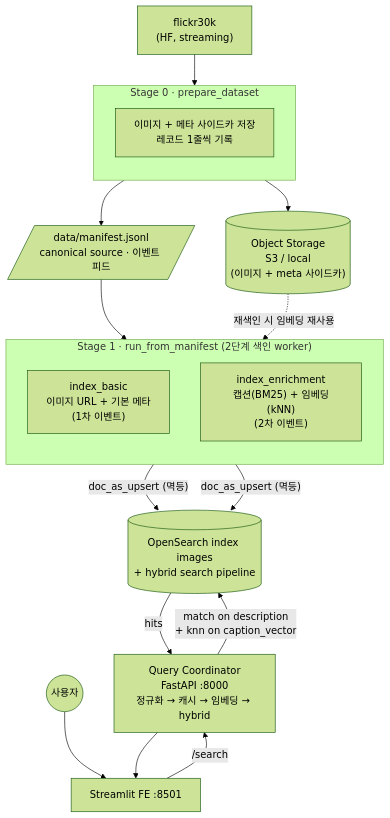
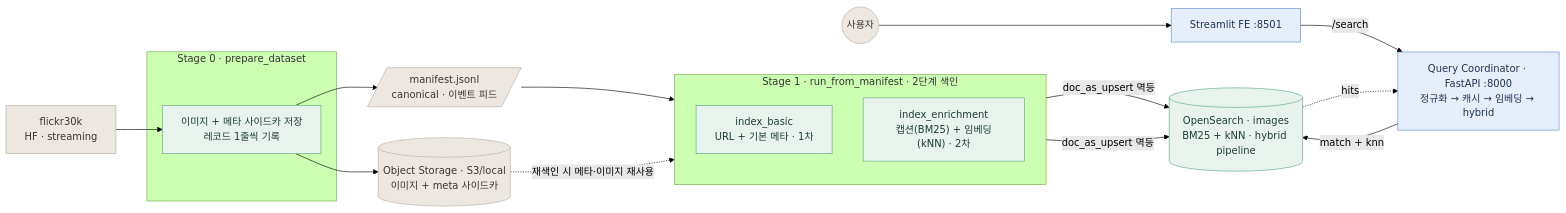
One commit to seohyun-lee/hybrid-search-system changed the first of 2 diagrams in README.md. Above: the diagram before and after it, drawn with Mermaid (forest theme).

Commit message:
docs: 아키텍처 다이어그램 수정

````diff
--- a/README.md
+++ b/README.md
@@ -10,35 +10,40 @@
 ```mermaid
-flowchart TB
-    HF["flickr30k<br/>(HF, streaming)"]
+flowchart LR
+  classDef sehyun fill:#e8f3ee,stroke:#5aa886,color:#1f3d33;
+  classDef aerim  fill:#e6eefb,stroke:#5b8bd0,color:#1f3354;
+  classDef data   fill:#ece8e1,stroke:#b8b0a0,color:#3a352c;
 
-    subgraph S0["Stage 0 · prepare_dataset"]
-        direction TB
-        P["이미지 + 메타 사이드카 저장<br/>레코드 1줄씩 기록"]
-    end
+  HF["flickr30k<br/>HF · streaming"]:::data
+  U(("사용자")):::data
 
-    ST[("Object Storage<br/>S3 / local<br/>(이미지 + meta 사이드카)")]
-    MF[/"data/manifest.jsonl<br/>canonical source · 이벤트 피드"/]
+  subgraph S0["Stage 0 · prepare_dataset"]
+    P["이미지 + 메타 사이드카 저장<br/>레코드 1줄씩 기록"]:::sehyun
+  end
 
-    subgraph S1["Stage 1 · run_from_manifest (2단계 색인 worker)"]
-        direction TB
-        IB["index_basic<br/>이미지 URL + 기본 메타<br/>(1차 이벤트)"]
-        IE["index_enrichment<br/>캡션(BM25) + 임베딩(kNN)<br/>(2차 이벤트)"]
-    end
+  ST[("Object Storage · S3/local<br/>이미지 + meta 사이드카")]:::data
+  MF[/"manifest.jsonl<br/>canonical · 이벤트 피드"/]:::data
 
-    OS[("OpenSearch index images<br/>+ hybrid search pipeline")]
-    FE["Streamlit FE :8501"]
-    QC["Query Coordinator<br/>FastAPI :8000<br/>정규화 → 캐시 → 임베딩 → hybrid"]
-    U(("사용자"))
+  subgraph S1["Stage 1 · run_from_manifest · 2단계 색인"]
+    direction TB
+    IB["index_basic<br/>URL + 기본 메타 · 1차"]:::sehyun
+    IE["index_enrichment<br/>캡션(BM25) + 임베딩(kNN) · 2차"]:::sehyun
+  end
 
-    HF --> S0
-    P --> ST
-    P --> MF
-    MF --> S1
-    IB -->|"doc_as_upsert (멱등)"| OS
-    IE -->|"doc_as_upsert (멱등)"| OS
-    ST -.재색인 시 임베딩 재사용.-> S1
+  OS[("OpenSearch · images<br/>BM25 + kNN · hybrid pipeline")]:::sehyun
+  QC["Query Coordinator · FastAPI :8000<br/>정규화 → 캐시 → 임베딩 → hybrid"]:::aerim
+  FE["Streamlit FE :8501"]:::aerim
 
-    U --> FE -->|/search| QC
-    QC -->|"match on description<br/>+ knn on caption_vector"| OS
-    OS -->|hits| QC --> FE
+  %% --- write path ---
+  HF --> P
+  P --> ST
+  P --> MF
+  MF --> S1
+  ST -. 재색인 시 메타·이미지 재사용 .-> S1
+  IB -->|doc_as_upsert 멱등| OS
+  IE -->|doc_as_upsert 멱등| OS
+
+  %% --- read path ---
+  U --> FE -->|/search| QC
+  QC -->|match + knn| OS
+  OS -. hits .-> QC
 ```
````
